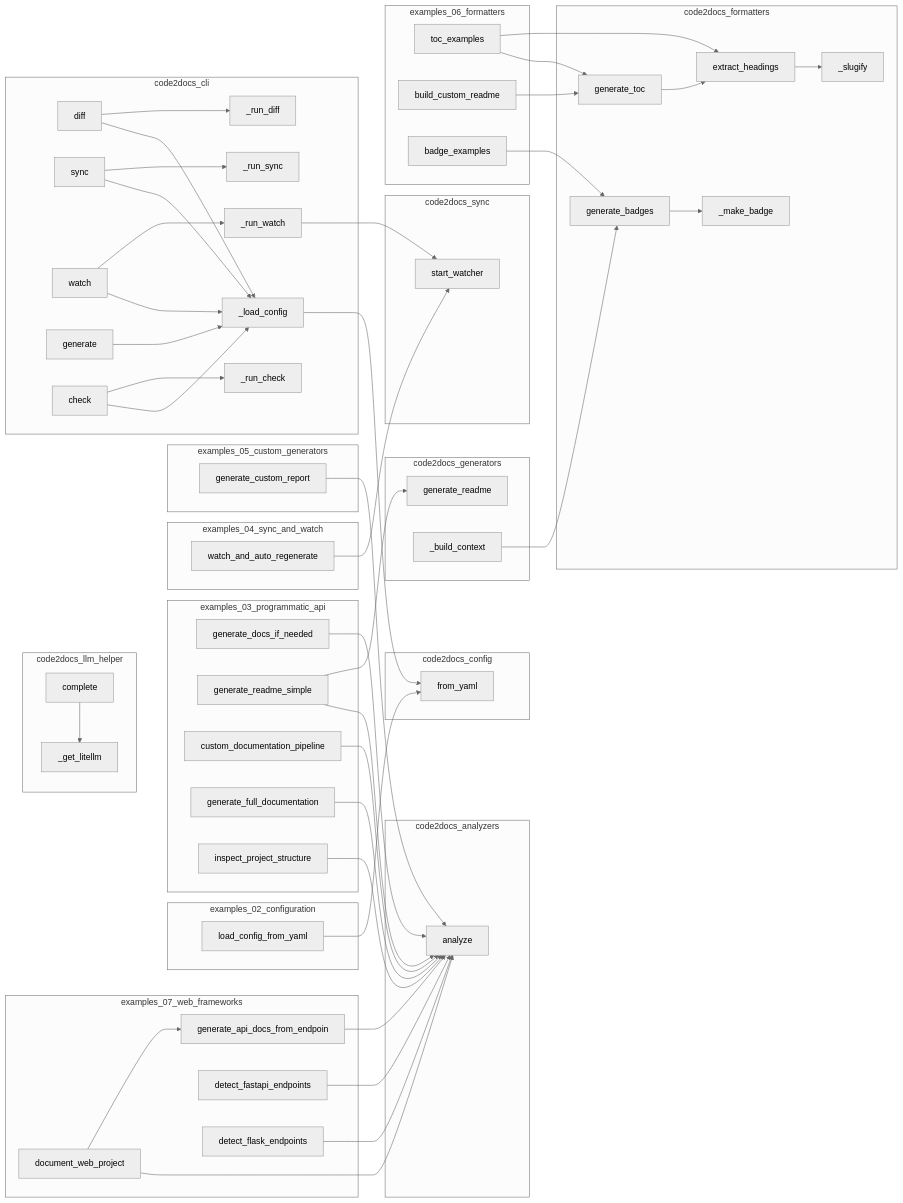
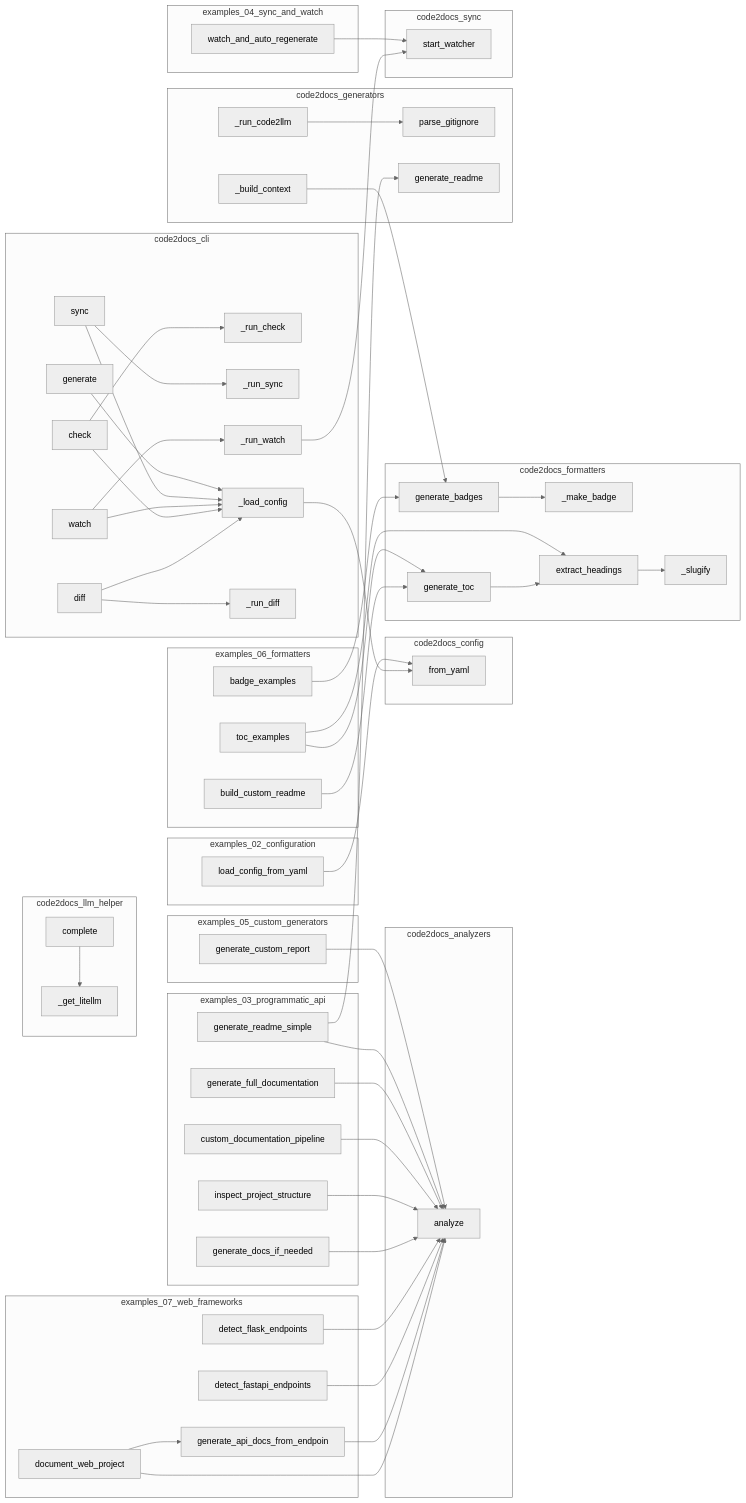
The diagram in project/calls.mmd (wronai/code2docs), drawn with Mermaid (neutral theme) before and after one commit. The commit also changed 41 other files, not shown here.

```diff
--- a/project/calls.mmd
+++ b/project/calls.mmd
@@ -1,98 +1,101 @@
 flowchart LR
     subgraph code2docs_analyzers
         code2docs__analyze["analyze"]
     end
     subgraph code2docs_cli
-        code2docs__cli__diff["diff"]
-        code2docs__cli___run_sync["_run_sync"]
-        code2docs__cli__sync["sync"]
-        code2docs__cli___run_diff["_run_diff"]
-        code2docs__cli___run_watch["_run_watch"]
+        code2docs__cli__watch["watch"]
         code2docs__cli___run_check["_run_check"]
-        code2docs__cli__watch["watch"]
         code2docs__cli__generate["generate"]
         code2docs__cli__check["check"]
+        code2docs__cli___run_sync["_run_sync"]
         code2docs__cli___load_config["_load_config"]
+        code2docs__cli__sync["sync"]
+        code2docs__cli___run_watch["_run_watch"]
+        code2docs__cli___run_diff["_run_diff"]
+        code2docs__cli__diff["diff"]
     end
     subgraph code2docs_config
         code2docs__config__Code2DocsConfig__from_yaml["from_yaml"]
     end
     subgraph code2docs_formatters
         code2docs__formatters__badges___make_badge["_make_badge"]
+        code2docs__formatters__toc__generate_toc["generate_toc"]
+        code2docs__formatters__toc___slugify["_slugify"]
+        code2docs__formatters__toc__extract_headings["extract_headings"]
         code2docs__formatters__badges__generate_badges["generate_badges"]
-        code2docs__formatters__toc___slugify["_slugify"]
-        code2docs__formatters__toc__generate_toc["generate_toc"]
-        code2docs__formatters__toc__extract_headings["extract_headings"]
     end
     subgraph code2docs_generators
+        code2docs__parse_gitignore["parse_gitignore"]
         code2docs__generators__readme_gen__generate_readme["generate_readme"]
         code2docs___build_context["_build_context"]
+        code2docs___run_code2llm["_run_code2llm"]
     end
     subgraph code2docs_llm_helper
+        code2docs__llm_helper__LLMHelper__complete["complete"]
         code2docs__llm_helper___get_litellm["_get_litellm"]
-        code2docs__llm_helper__LLMHelper__complete["complete"]
     end
     subgraph code2docs_sync
         code2docs__sync__watcher__start_watcher["start_watcher"]
     end
     subgraph examples_02_configuration
         examples__02_configuration__load_config_from_yaml["load_config_from_yaml"]
     end
     subgraph examples_03_programmatic_api
+        examples__inspect_project_structure["inspect_project_structure"]
+        examples__custom_documentation_pipeline["custom_documentation_pipeline"]
         examples__generate_docs_if_needed["generate_docs_if_needed"]
         examples__generate_readme_simple["generate_readme_simple"]
-        examples__custom_documentation_pipeline["custom_documentation_pipeline"]
         examples__generate_full_documentation["generate_full_documentation"]
-        examples__inspect_project_structure["inspect_project_structure"]
     end
     subgraph examples_04_sync_and_watch
         examples__watch_and_auto_regenerate["watch_and_auto_regenerate"]
     end
     subgraph examples_05_custom_generators
         examples__generate_custom_report["generate_custom_report"]
     end
     subgraph examples_06_formatters
+        examples__06_formatters__badge_examples["badge_examples"]
+        examples__06_formatters__build_custom_readme["build_custom_readme"]
         examples__06_formatters__toc_examples["toc_examples"]
-        examples__06_formatters__build_custom_readme["build_custom_readme"]
-        examples__06_formatters__badge_examples["badge_examples"]
     end
     subgraph examples_07_web_frameworks
+        examples__detect_flask_endpoints["detect_flask_endpoints"]
+        examples__detect_fastapi_endpoints["detect_fastapi_endpoints"]
+        examples__generate_api_docs_from_endpoints["generate_api_docs_from_endpoin"]
         examples__07_web_frameworks__document_web_project["document_web_project"]
-        examples__generate_api_docs_from_endpoints["generate_api_docs_from_endpoin"]
-        examples__detect_fastapi_endpoints["detect_fastapi_endpoints"]
-        examples__detect_flask_endpoints["detect_flask_endpoints"]
     end
     code2docs__llm_helper__LLMHelper__complete --> code2docs__llm_helper___get_litellm
     examples__watch_and_auto_regenerate --> code2docs__sync__watcher__start_watcher
     examples__generate_custom_report --> code2docs__analyze
     examples__06_formatters__badge_examples --> code2docs__formatters__badges__generate_badges
     examples__06_formatters__toc_examples --> code2docs__formatters__toc__generate_toc
     examples__06_formatters__toc_examples --> code2docs__formatters__toc__extract_headings
     examples__06_formatters__build_custom_readme --> code2docs__formatters__toc__generate_toc
     examples__generate_readme_simple --> code2docs__analyze
     examples__generate_readme_simple --> code2docs__generators__readme_gen__generate_readme
     examples__generate_full_documentation --> code2docs__analyze
     examples__custom_documentation_pipeline --> code2docs__analyze
     examples__inspect_project_structure --> code2docs__analyze
     examples__generate_docs_if_needed --> code2docs__analyze
     examples__detect_flask_endpoints --> code2docs__analyze
     examples__detect_fastapi_endpoints --> code2docs__analyze
     examples__generate_api_docs_from_endpoints --> code2docs__analyze
     examples__07_web_frameworks__document_web_project --> code2docs__analyze
     examples__07_web_frameworks__document_web_project --> examples__generate_api_docs_from_endpoints
     examples__02_configuration__load_config_from_yaml --> code2docs__config__Code2DocsConfig__from_yaml
     code2docs__formatters__badges__generate_badges --> code2docs__formatters__badges___make_badge
     code2docs__formatters__toc__generate_toc --> code2docs__formatters__toc__extract_headings
     code2docs__formatters__toc__extract_headings --> code2docs__formatters__toc___slugify
     code2docs___build_context --> code2docs__formatters__badges__generate_badges
+    code2docs___run_code2llm --> code2docs__parse_gitignore
     code2docs__cli__generate --> code2docs__cli___load_config
     code2docs__cli__sync --> code2docs__cli___load_config
     code2docs__cli__sync --> code2docs__cli___run_sync
     code2docs__cli__watch --> code2docs__cli___load_config
     code2docs__cli__watch --> code2docs__cli___run_watch
     code2docs__cli__check --> code2docs__cli___load_config
     code2docs__cli__check --> code2docs__cli___run_check
     code2docs__cli__diff --> code2docs__cli___load_config
     code2docs__cli__diff --> code2docs__cli___run_diff
     code2docs__cli___load_config --> code2docs__config__Code2DocsConfig__from_yaml
     code2docs__cli___run_watch --> code2docs__sync__watcher__start_watcher
```
